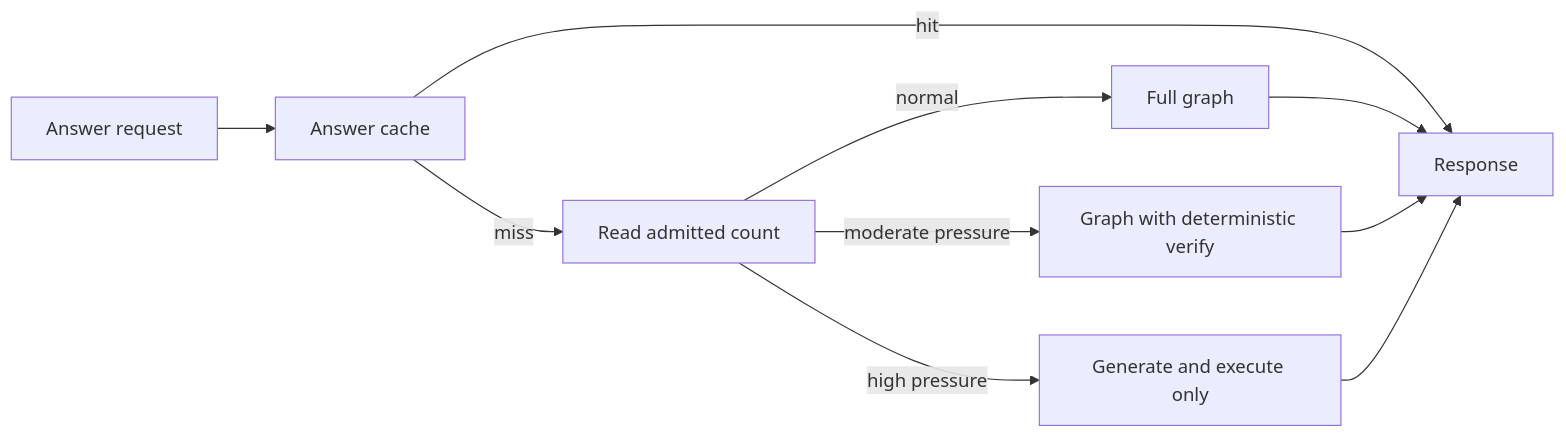
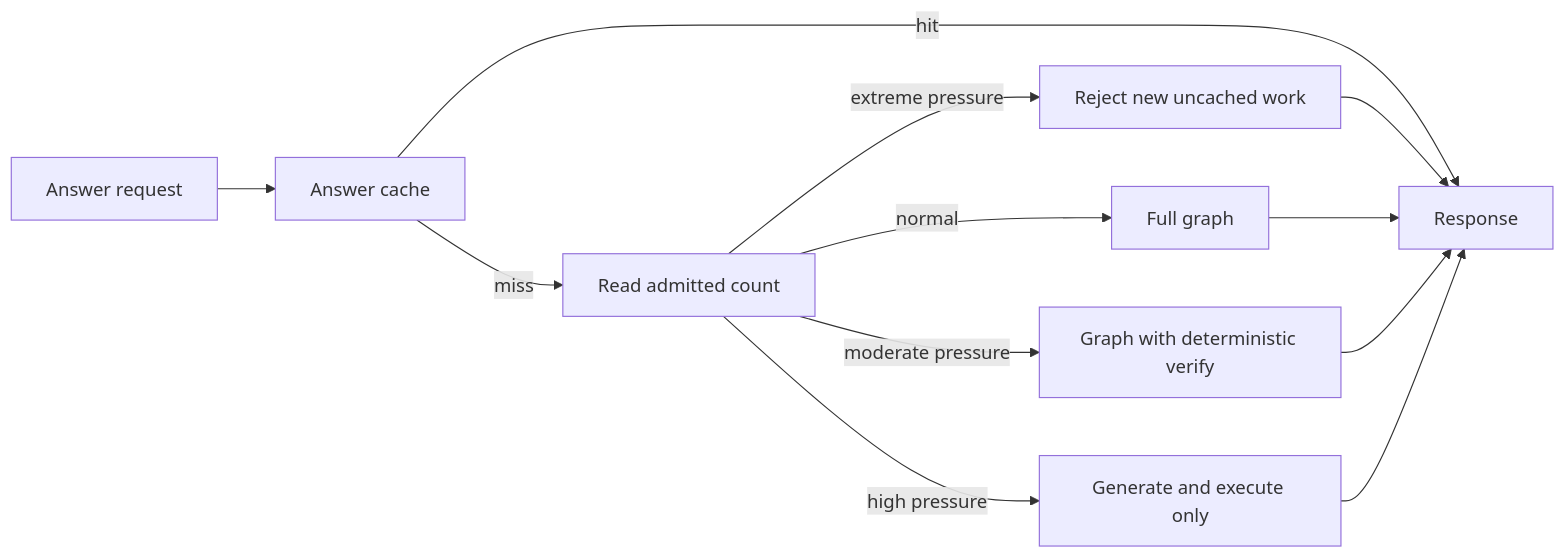
Before and after one commit to khab40/mlops-hw3: the sixth of 10 diagrams in assets/docs/ARCHITECTURE.md, drawn with Mermaid. The commit also changed other lines of this file and 10 other files, not shown here.

````diff
--- a/assets/docs/ARCHITECTURE.md
+++ b/assets/docs/ARCHITECTURE.md
@@ -114,12 +116,14 @@
 ```mermaid
 flowchart LR
     Request["Answer request"] --> Cache["Answer cache"]
     Cache -->|hit| Response["Response"]
     Cache -->|miss| Pressure["Read admitted count"]
+    Pressure -->|extreme pressure| Breaker["Reject new uncached work"]
     Pressure -->|normal| FullGraph["Full graph"]
     Pressure -->|moderate pressure| DetOnly["Graph with deterministic verify"]
     Pressure -->|high pressure| FastPath["Generate and execute only"]
+    Breaker --> Response
     FullGraph --> Response["Response"]
     DetOnly --> Response
     FastPath --> Response
 ```
````
